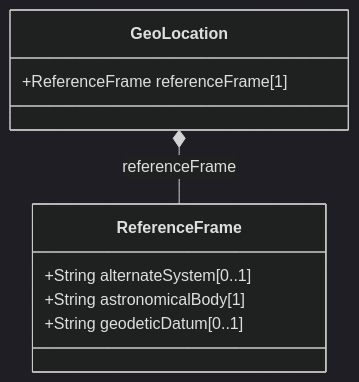
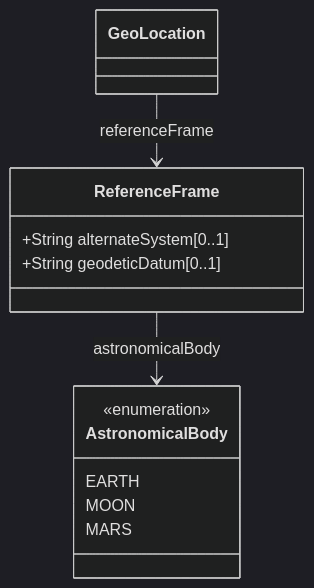
One commit to gintatkinson/digital-pipeline-repo changed the diagram in test_project/docs/features/feat-01-reference-frame.md. Above: the diagram before and after it, drawn with Mermaid (dark theme). The commit also changed 10 other files, not shown here.

````diff
--- a/test_project/docs/features/feat-01-reference-frame.md
+++ b/test_project/docs/features/feat-01-reference-frame.md
@@ -15,12 +15,16 @@
 ```mermaid
 classDiagram
-    class GeoLocation {
-        +ReferenceFrame referenceFrame[1]
-    }
+    class GeoLocation
     class ReferenceFrame {
         +String alternateSystem[0..1]
-        +String astronomicalBody[1]
         +String geodeticDatum[0..1]
     }
-    GeoLocation *-- ReferenceFrame : referenceFrame
+    class AstronomicalBody {
+        <<enumeration>>
+        EARTH
+        MOON
+        MARS
+    }
+    GeoLocation --> ReferenceFrame : referenceFrame
+    ReferenceFrame --> AstronomicalBody : astronomicalBody
 ```
````
